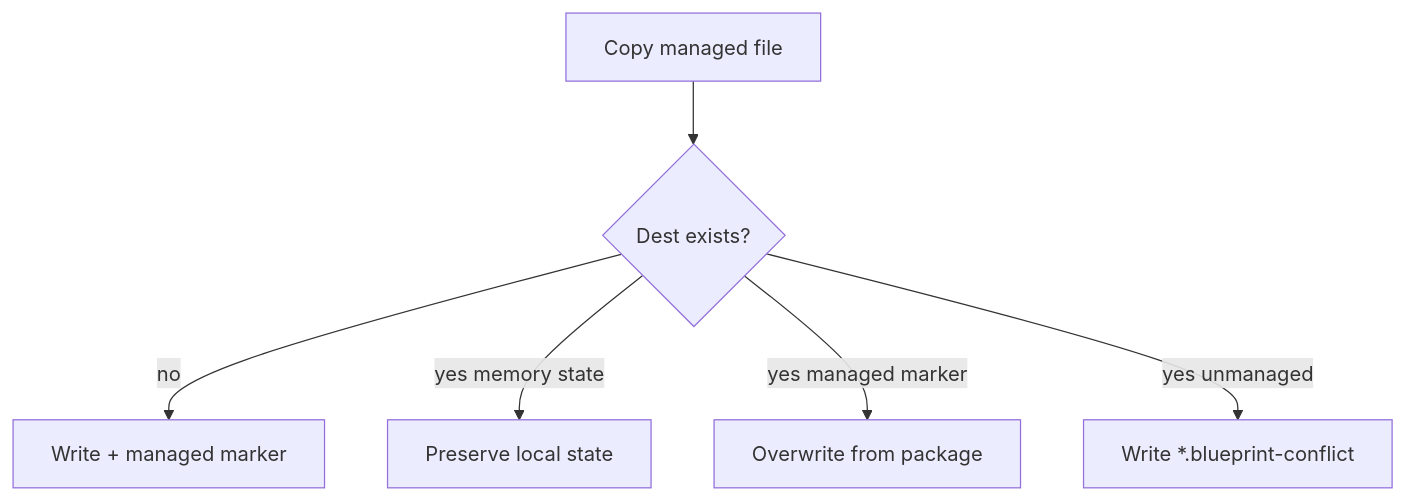
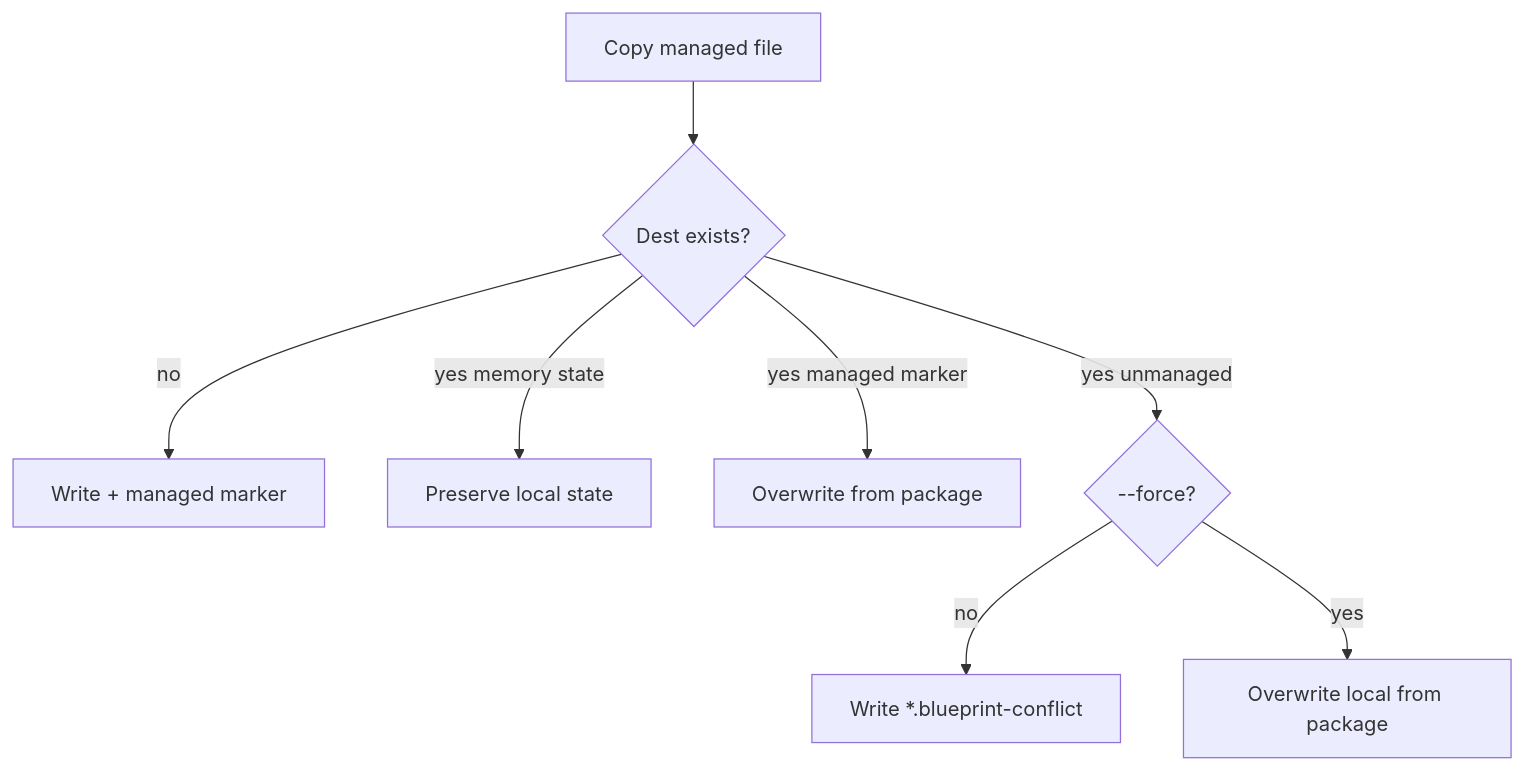
Before and after one commit to Supparerk23/agent-harness-blueprint: the third of 3 diagrams in docs/how-it-works.md, drawn with Mermaid. The commit also changed other lines of this file and 29 other files, not shown here.

````diff
--- a/docs/how-it-works.md
+++ b/docs/how-it-works.md
@@ -51,8 +51,10 @@
 ```mermaid
 flowchart TD
   copy[Copy managed file] --> exists{Dest exists?}
   exists -->|no| write[Write + managed marker]
   exists -->|yes memory state| keep[Preserve local state]
   exists -->|yes managed marker| overwrite[Overwrite from package]
-  exists -->|yes unmanaged| conflict[Write *.blueprint-conflict]
+  exists -->|yes unmanaged| forceCheck{"--force?"}
+  forceCheck -->|no| conflict[Write *.blueprint-conflict]
+  forceCheck -->|yes| forceWrite[Overwrite local from package]
 ```
````
